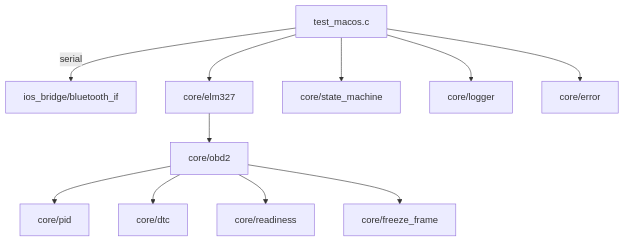
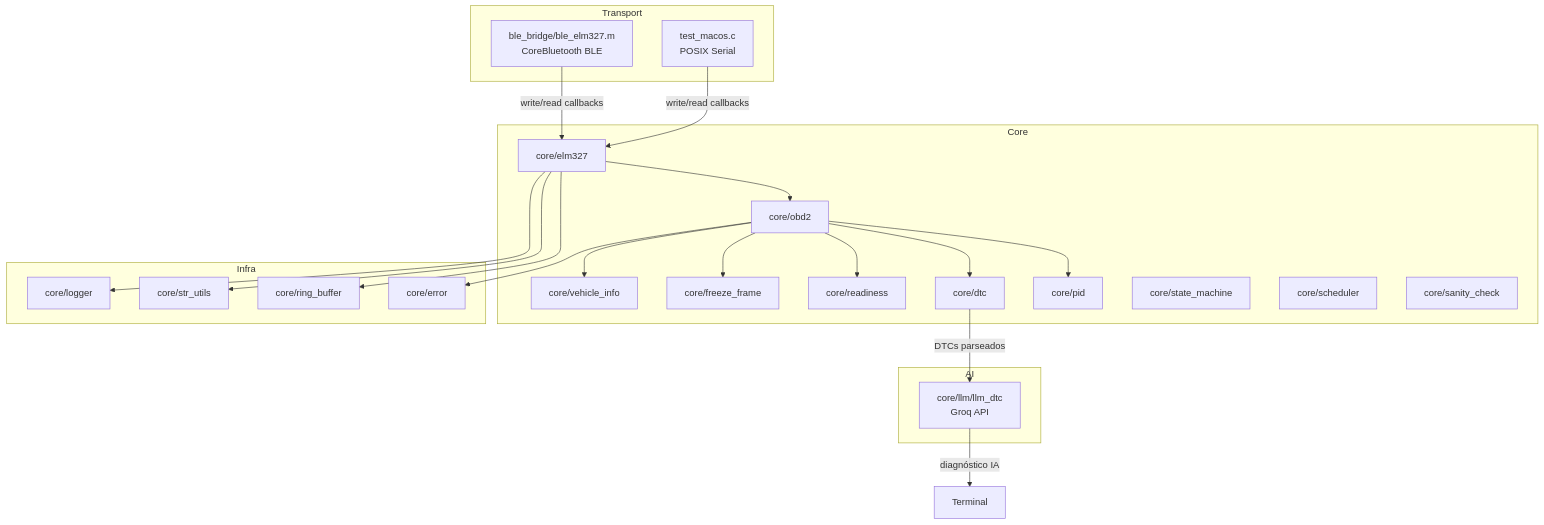
The diagram in README.md (lucasmarques594/obd2), drawn with Mermaid before and after one commit. The commit also changed other lines of this file, not shown here.

First line of the commit message:
docs: update README with AI integration, BLE support, and test coverage

````diff
--- a/README.md
+++ b/README.md
@@ -51,13 +84,46 @@
 ```mermaid
 flowchart TD
-    A[test_macos.c] -->|serial| B[ios_bridge/bluetooth_if]
-    A --> C[core/elm327]
-    C --> D[core/obd2]
-    D --> E[core/pid]
-    D --> F[core/dtc]
-    D --> G[core/readiness]
-    D --> H[core/freeze_frame]
-    A --> I[core/state_machine]
-    A --> J[core/logger]
-    A --> K[core/error]
+    subgraph Transport
+        BLE[ble_bridge/ble_elm327.m<br>CoreBluetooth BLE]
+        SER[test_macos.c<br>POSIX Serial]
+    end
+
+    subgraph Core
+        ELM[core/elm327]
+        OBD[core/obd2]
+        PID[core/pid]
+        DTC[core/dtc]
+        RDY[core/readiness]
+        FF[core/freeze_frame]
+        VIN[core/vehicle_info]
+        SM[core/state_machine]
+        SCH[core/scheduler]
+        SAN[core/sanity_check]
+    end
+
+    subgraph Infra
+        RB[core/ring_buffer]
+        STR[core/str_utils]
+        ERR[core/error]
+        LOG[core/logger]
+    end
+
+    subgraph AI
+        LLM[core/llm/llm_dtc<br>Groq API]
+    end
+
+    BLE -->|write/read callbacks| ELM
+    SER -->|write/read callbacks| ELM
+    ELM --> OBD
+    OBD --> PID
+    OBD --> DTC
+    OBD --> RDY
+    OBD --> FF
+    OBD --> VIN
+    DTC -->|DTCs parseados| LLM
+    LLM -->|diagnóstico IA| Output[Terminal]
+    ELM --> RB
+    ELM --> STR
+    ELM --> LOG
+    OBD --> ERR
 ```
````
